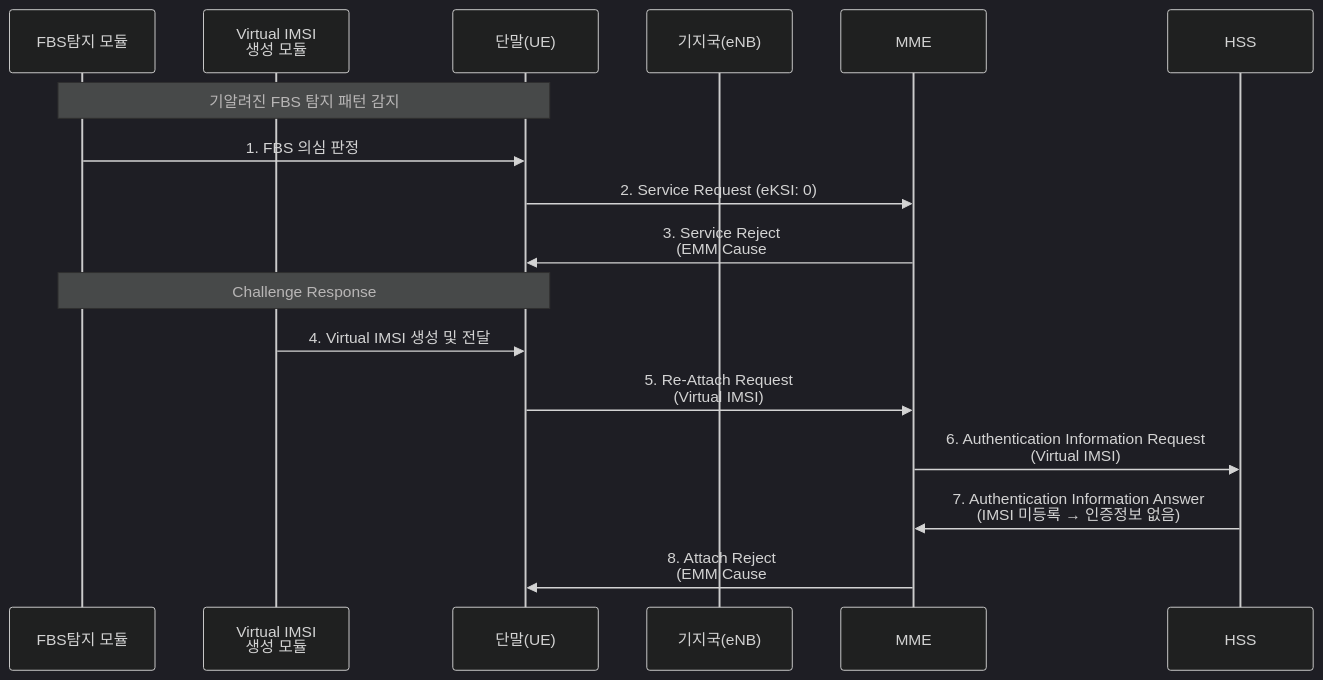
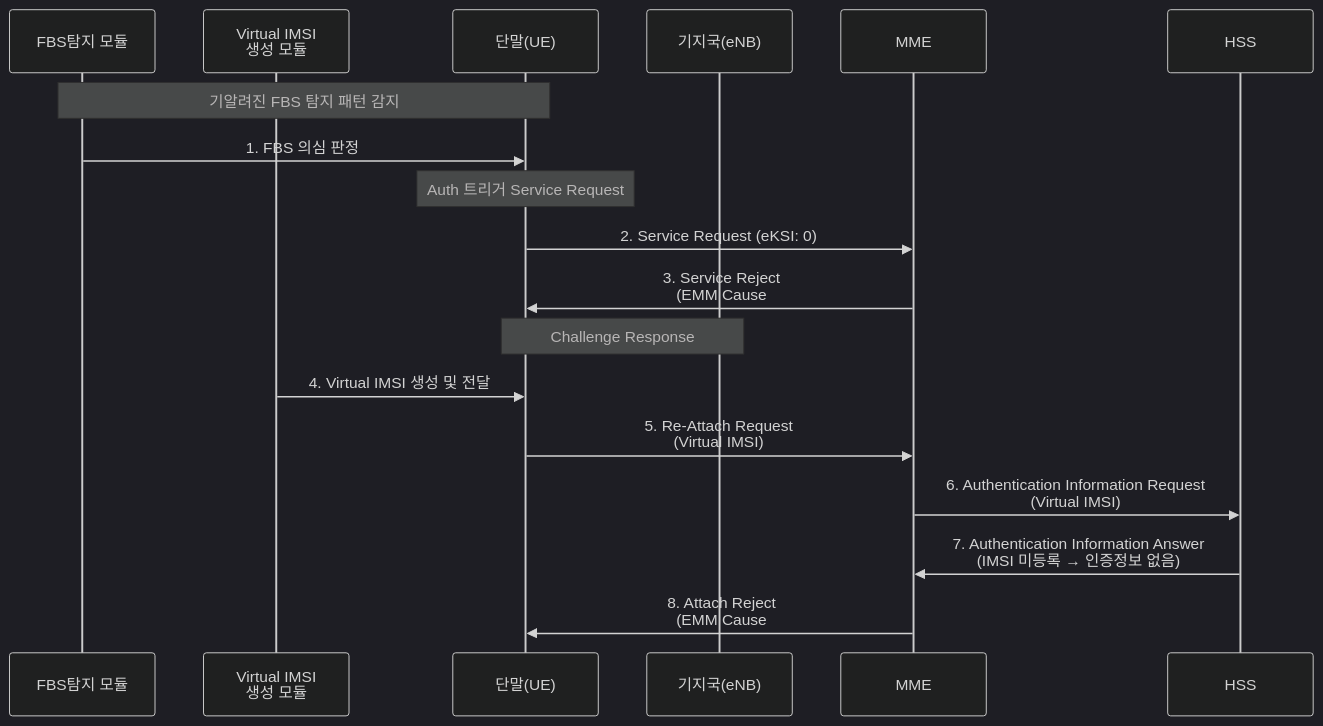
One commit to brianrobo/new-idea-flow changed the third of 3 diagrams in sequence.md. Above: the diagram before and after it, drawn with Mermaid (dark theme). The commit also changed other lines of this file, not shown here.

````diff
--- a/sequence.md
+++ b/sequence.md
@@ -43,20 +45,21 @@
 ```mermaid
 sequenceDiagram
     participant FBS as FBS탐지 모듈
     participant VIMSI as Virtual IMSI<br/>생성 모듈
     participant UE as 단말(UE)
     participant eNB as 기지국(eNB)
     participant MME as MME
     participant HSS as HSS
 
     Note over FBS,UE: 기알려진 FBS 탐지 패턴 감지
     FBS->>UE: 1. FBS 의심 판정
+    Note over UE: Auth 트리거 Service Request
     UE->>MME: 2. Service Request (eKSI: 0)
     MME->>UE: 3. Service Reject<br/>(EMM Cause #9 또는 #10)
-    Note over FBS,UE: Challenge Response
+    Note over UE,eNB: Challenge Response
     VIMSI->>UE: 4. Virtual IMSI 생성 및 전달
     UE->>MME: 5. Re-Attach Request<br/>(Virtual IMSI)
     MME->>HSS: 6. Authentication Information Request<br/>(Virtual IMSI)
     HSS->>MME: 7. Authentication Information Answer<br/>(IMSI 미등록 → 인증정보 없음)
     MME->>UE: 8. Attach Reject<br/>(EMM Cause #2 또는 #8)
 ```
````
